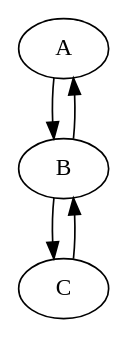
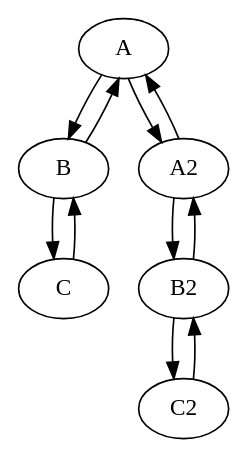
Before and after one commit to mmirko/dssim: the diagram in broadcast.dot, drawn with Graphviz. The commit also changed 4 other files, not shown here.

```diff
--- a/broadcast.dot
+++ b/broadcast.dot
@@ -1,7 +1,16 @@
 digraph "test" {
 	"A" -> "B";
 	"B" -> "A";
 
 	"C" -> "B";
 	"B" -> "C";
+
+        "A2" -> "A";
+        "A" -> "A2";
+
+	"A2" -> "B2";
+	"B2" -> "A2";
+
+	"C2" -> "B2";
+	"B2" -> "C2";
 }
```
